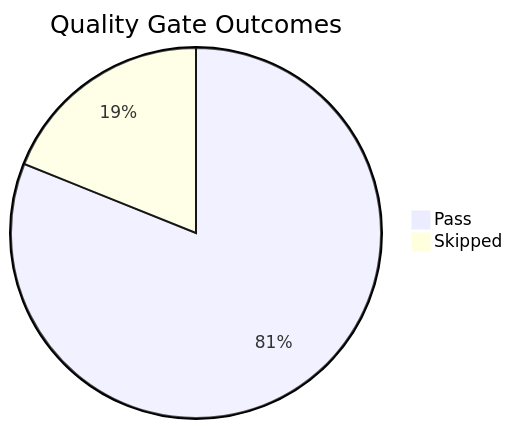
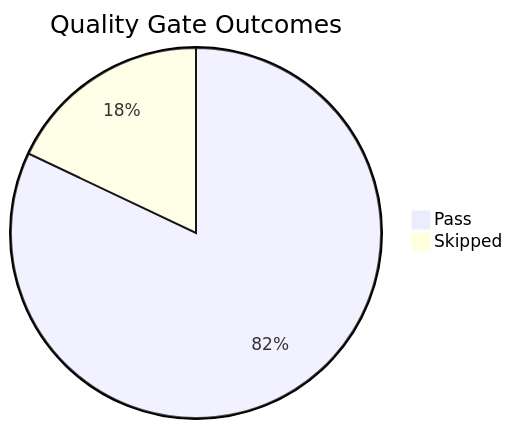
Before and after one commit to yeongseon/azure-app-service-practical-guide: the diagram in docs/meta/golden-status.md, drawn with Mermaid. The commit also changed other lines of this file and 21 other files, not shown here.

````diff
--- a/docs/meta/golden-status.md
+++ b/docs/meta/golden-status.md
@@ -42,5 +42,5 @@
 ```mermaid
 pie title Quality Gate Outcomes
-    "Pass" : 30
+    "Pass" : 32
     "Skipped" : 7
 ```
````
